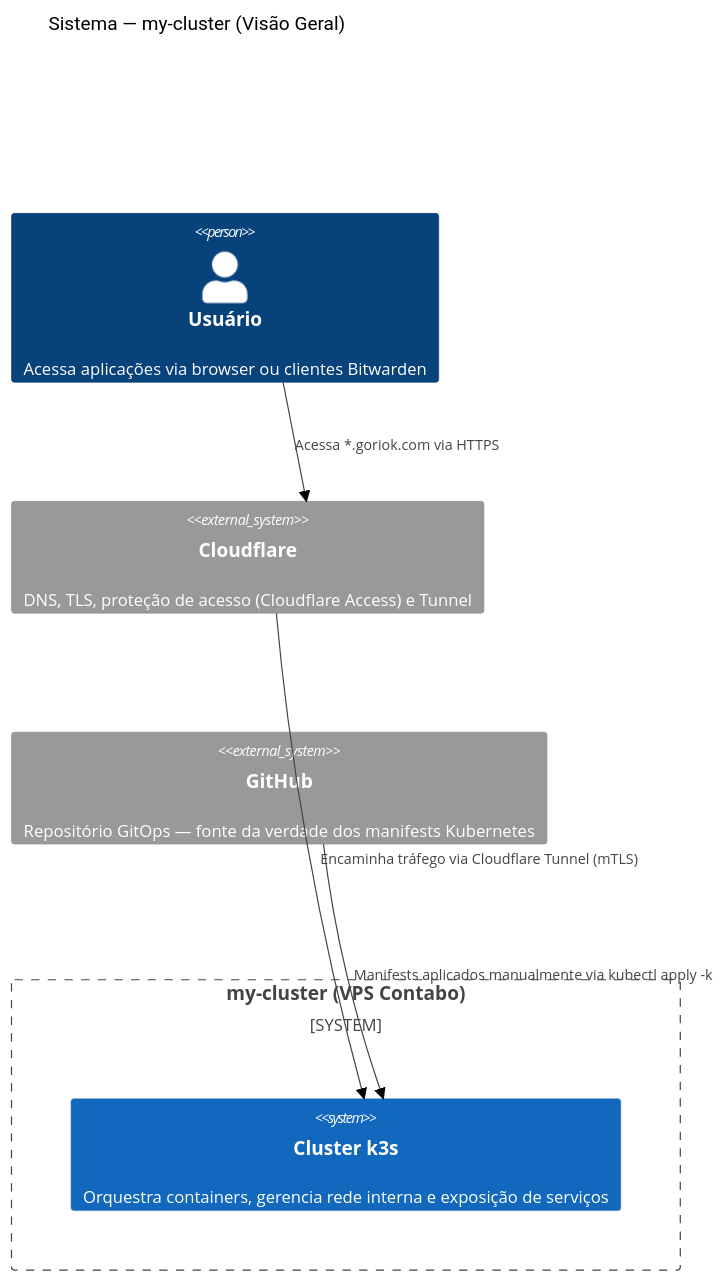
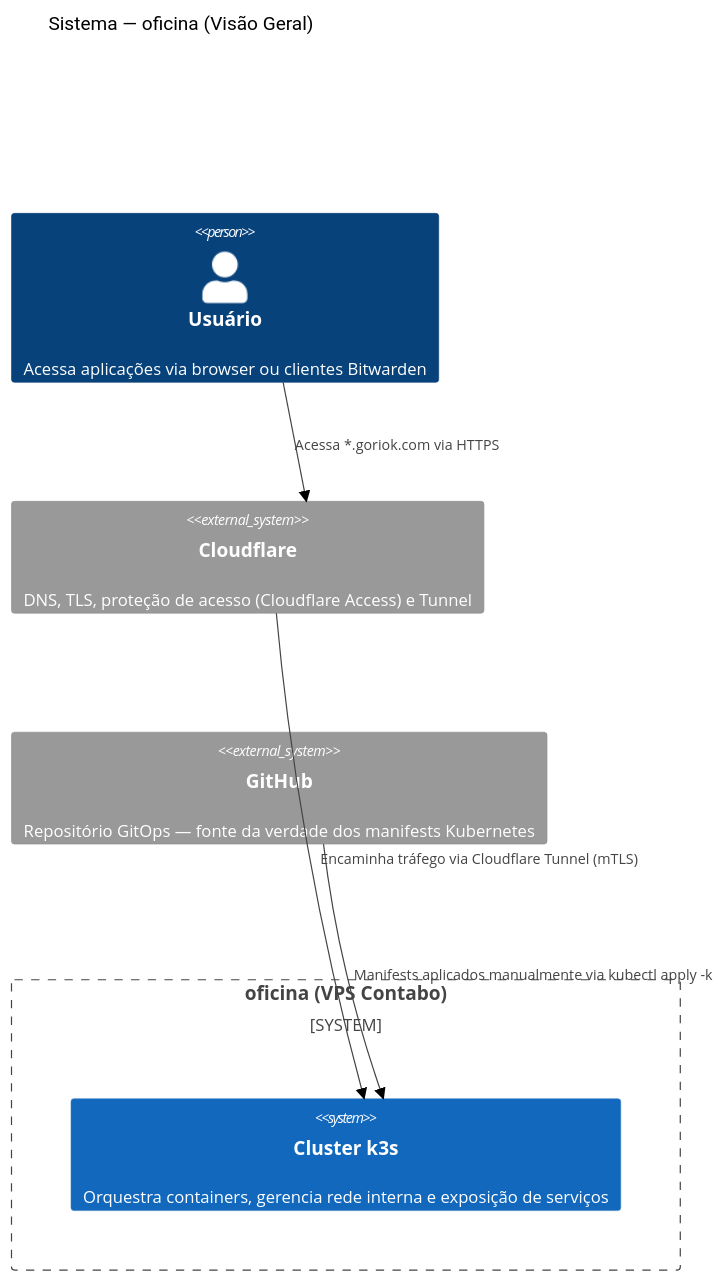
Before and after one commit to goriok/oficina: the first of 7 diagrams in docs/architecture.md, drawn with Mermaid (forest theme). The commit also changed other lines of this file and 2 other files, not shown here.

Commit message:
docs: rename cluster to oficina

````diff
--- a/docs/architecture.md
+++ b/docs/architecture.md
@@ -17,17 +17,17 @@
 ```mermaid
 C4Context
-    title Sistema — my-cluster (Visão Geral)
+    title Sistema — oficina (Visão Geral)
 
     Person(user, "Usuário", "Acessa aplicações via browser ou clientes Bitwarden")
 
-    System_Boundary(cluster, "my-cluster (VPS Contabo)") {
+    System_Boundary(cluster, "oficina (VPS Contabo)") {
         System(k3s, "Cluster k3s", "Orquestra containers, gerencia rede interna e exposição de serviços")
     }
 
     System_Ext(cloudflare, "Cloudflare", "DNS, TLS, proteção de acesso (Cloudflare Access) e Tunnel")
     System_Ext(github, "GitHub", "Repositório GitOps — fonte da verdade dos manifests Kubernetes")
 
     Rel(user, cloudflare, "Acessa *.goriok.com via HTTPS")
     Rel(cloudflare, k3s, "Encaminha tráfego via Cloudflare Tunnel (mTLS)")
     Rel(github, k3s, "Manifests aplicados manualmente via kubectl apply -k")
 ```
````
